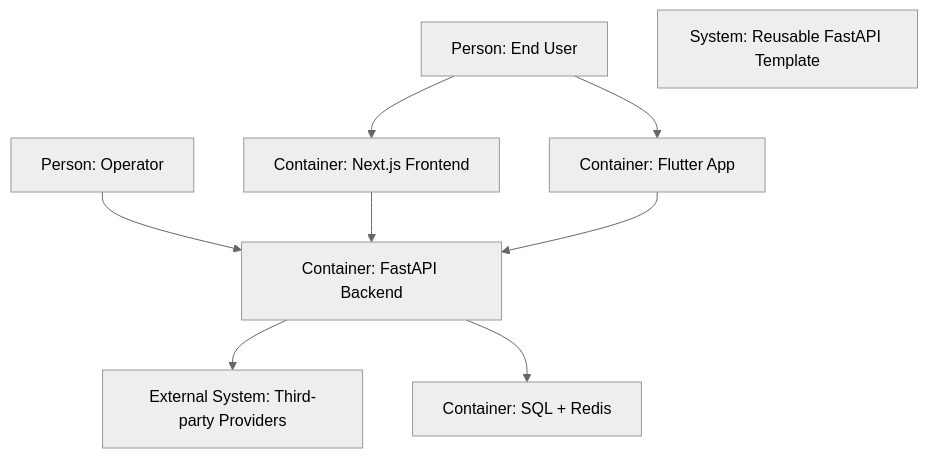
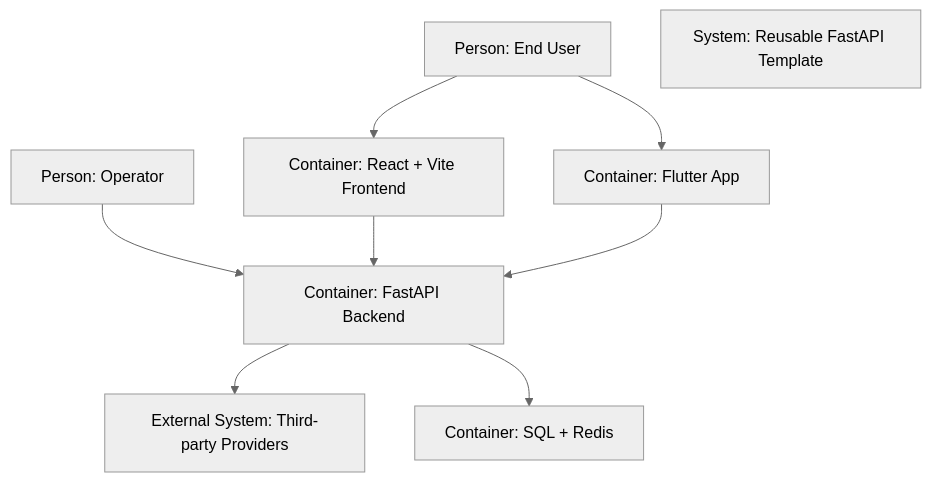
One commit to 0Ankit0/fastapi_template changed the diagram in docs/high-level-design/c4-diagrams.md. Above: the diagram before and after it, drawn with Mermaid (neutral theme). The commit also changed 6 other files, not shown here.

````diff
--- a/docs/high-level-design/c4-diagrams.md
+++ b/docs/high-level-design/c4-diagrams.md
@@ -3,19 +3,19 @@
 ```mermaid
 flowchart TB
   Person1[Person: End User]
   Person2[Person: Operator]
   System[System: Reusable FastAPI Template]
-  Web[Container: Next.js Frontend]
+  Web[Container: React + Vite Frontend]
   Mobile[Container: Flutter App]
   API[Container: FastAPI Backend]
   Providers[External System: Third-party Providers]
   Data[Container: SQL + Redis]
 
   Person1 --> Web
   Person1 --> Mobile
   Person2 --> API
   Web --> API
   Mobile --> API
   API --> Providers
   API --> Data
 ```
````
